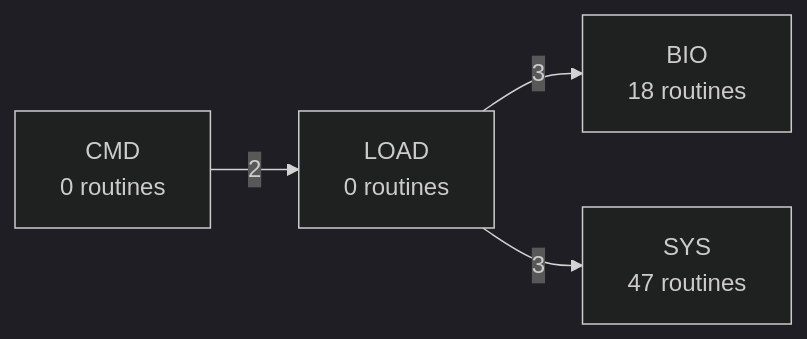
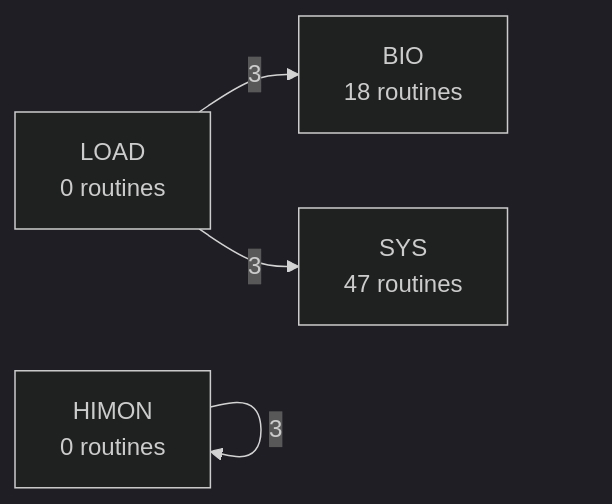
Before and after one commit to 95westus/R-YORS: the fourth of 7 diagrams in DOC/GENERATED/ROUTINE_PREFIX_MAP.md, drawn with Mermaid (dark theme). The commit also changed other lines of this file and 85 other files, not shown here.

````diff
--- a/DOC/GENERATED/ROUTINE_PREFIX_MAP.md
+++ b/DOC/GENERATED/ROUTINE_PREFIX_MAP.md
@@ -64,6 +64,6 @@
 ```mermaid
 flowchart LR
+    P_HIMON["HIMON<br/>0 routines"] -->|3| P_HIMON["HIMON<br/>0 routines"]
     P_LOAD["LOAD<br/>0 routines"] -->|3| P_BIO["BIO<br/>18 routines"]
     P_LOAD["LOAD<br/>0 routines"] -->|3| P_SYS["SYS<br/>47 routines"]
-    P_CMD["CMD<br/>0 routines"] -->|2| P_LOAD["LOAD<br/>0 routines"]
 ```
````
